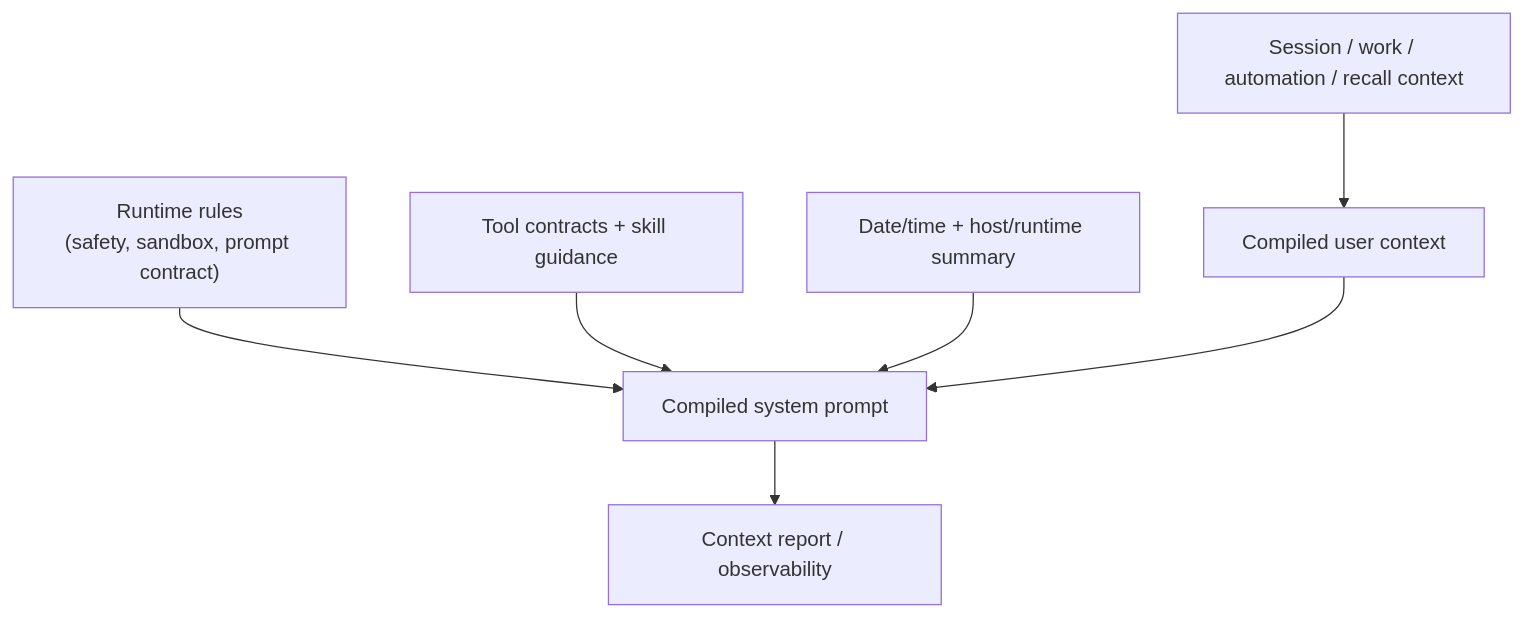
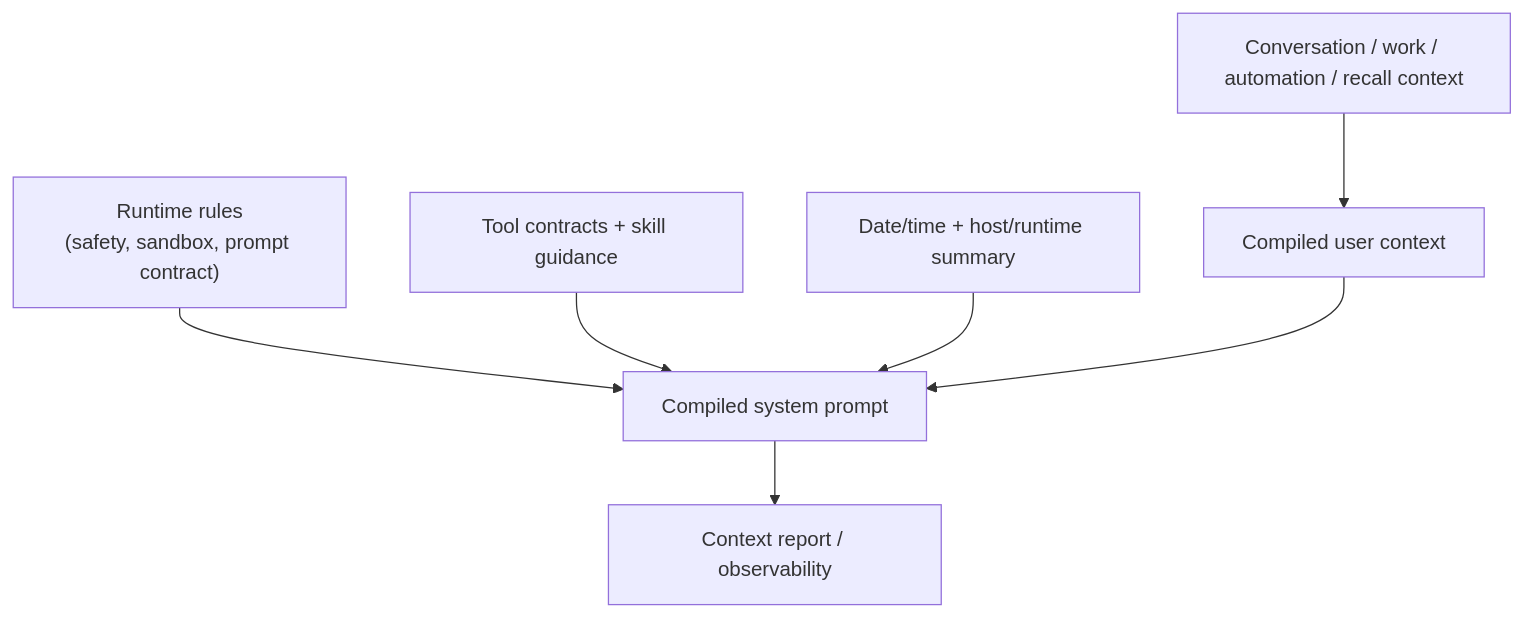
One commit to tyrumai/tyrum changed the diagram in docs/architecture/agent/system-prompt.md. Above: the diagram before and after it, drawn with Mermaid. The commit also changed other lines of this file and 56 other files, not shown here.

Commit message:
docs: rewrite architecture around conversations and turns (#1829)

````diff
--- a/docs/architecture/agent/system-prompt.md
+++ b/docs/architecture/agent/system-prompt.md
@@ -15,9 +15,9 @@
 ```mermaid
 flowchart TB
   Rules["Runtime rules<br/>(safety, sandbox, prompt contract)"] --> Prompt["Compiled system prompt"]
   Tools["Tool contracts + skill guidance"] --> Prompt
   Runtime["Date/time + host/runtime summary"] --> Prompt
-  Facts["Session / work / automation / recall context"] --> User["Compiled user context"]
+  Facts["Conversation / work / automation / recall context"] --> User["Compiled user context"]
   User --> Prompt
   Prompt --> Report["Context report / observability"]
 ```
````
